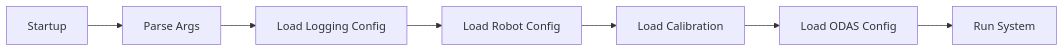
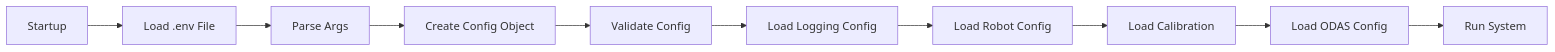
One commit to Gl0dny/hexapod changed the second of 2 diagrams in docs/core/configuration.md. Above: the diagram before and after it, drawn with Mermaid. The commit also changed other lines of this file and 13 other files, not shown here.

````diff
--- a/docs/core/configuration.md
+++ b/docs/core/configuration.md
@@ -46,9 +53,12 @@
 ```mermaid
 flowchart LR
-    S[Startup] --> PA[Parse Args]
-    PA --> LL[Load Logging Config]
+    S[Startup] --> LC[Load .env File]
+    LC --> PA[Parse Args]
+    PA --> CV[Create Config Object]
+    CV --> VA[Validate Config]
+    VA --> LL[Load Logging Config]
     LL --> LR[Load Robot Config]
-    LR --> LC[Load Calibration]
-    LC --> LO[Load ODAS Config]
+    LR --> LC2[Load Calibration]
+    LC2 --> LO[Load ODAS Config]
     LO --> R[Run System]
 ```
````
